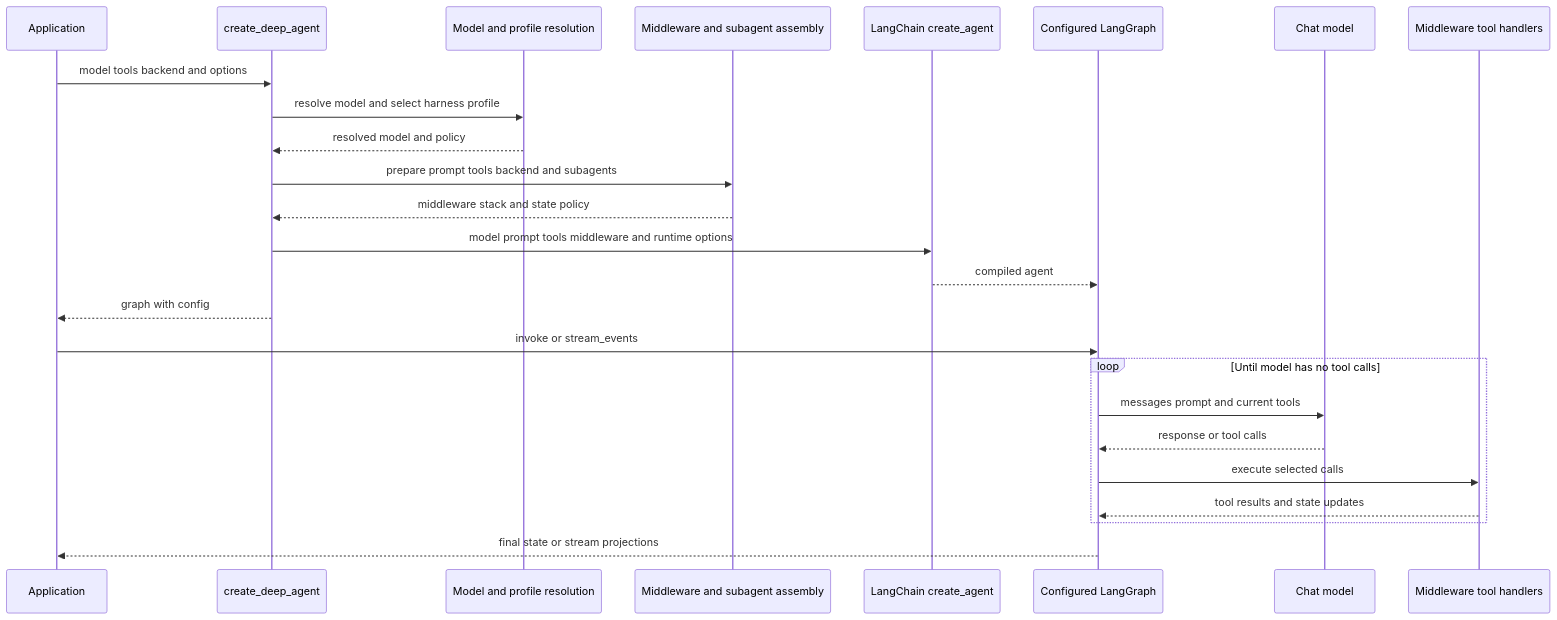
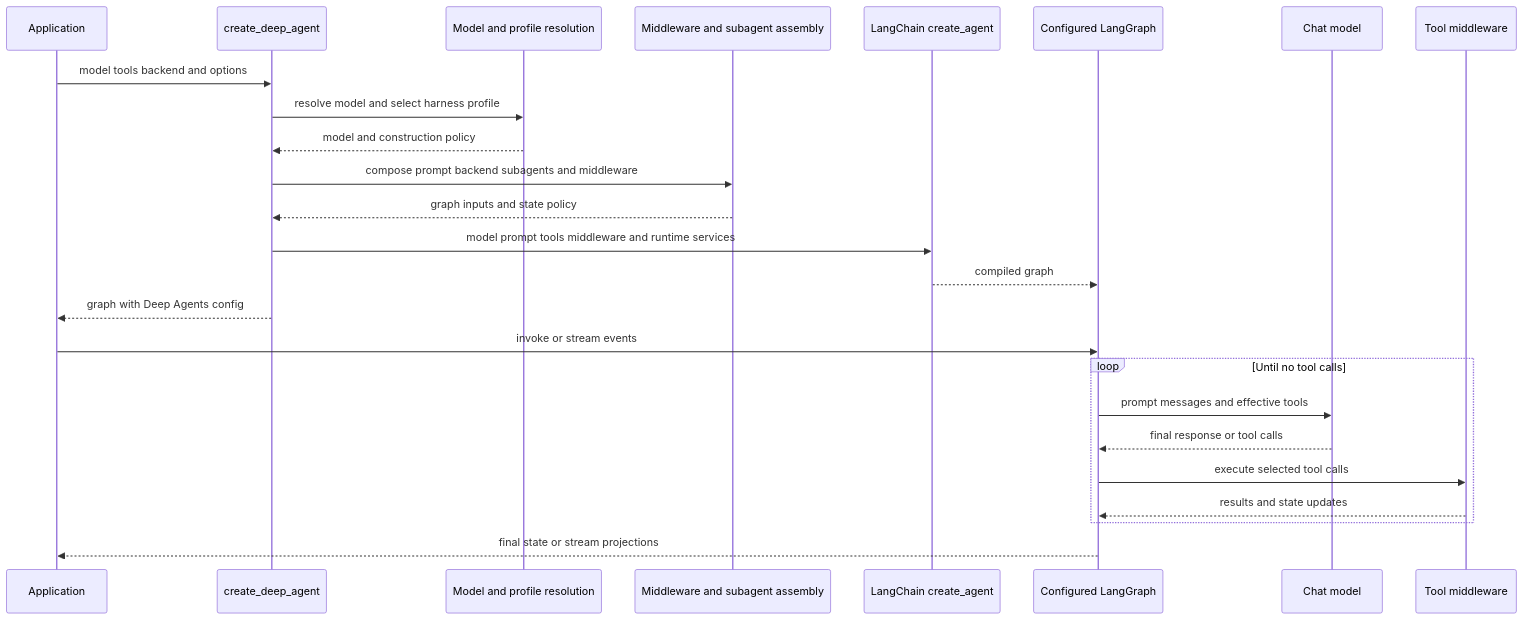
One commit to langchain-ai/deepagents changed the diagram in openwiki/architecture/sdk-construction-execution.md. Above: the diagram before and after it, drawn with Mermaid. The commit also changed other lines of this file and 62 other files, not shown here.

````diff
--- a/openwiki/architecture/sdk-construction-execution.md
+++ b/openwiki/architecture/sdk-construction-execution.md
@@ -43,28 +51,28 @@
 ```mermaid
 sequenceDiagram
     participant App as Application
     participant Builder as create_deep_agent
-    participant Profiles as Model and profile resolution
+    participant Policy as Model and profile resolution
     participant Stack as Middleware and subagent assembly
     participant LC as LangChain create_agent
     participant Graph as Configured LangGraph
-    participant Model as Chat model
-    participant Tools as Middleware tool handlers
+    participant Chat as Chat model
+    participant Surface as Tool middleware
 
     App->>Builder: model tools backend and options
-    Builder->>Profiles: resolve model and select harness profile
-    Profiles-->>Builder: resolved model and policy
-    Builder->>Stack: prepare prompt tools backend and subagents
-    Stack-->>Builder: middleware stack and state policy
-    Builder->>LC: model prompt tools middleware and runtime options
-    LC-->>Graph: compiled agent
-    Builder-->>App: graph with config
-    App->>Graph: invoke or stream_events
-    loop Until model has no tool calls
-        Graph->>Model: messages prompt and current tools
-        Model-->>Graph: response or tool calls
-        Graph->>Tools: execute selected calls
-        Tools-->>Graph: tool results and state updates
+    Builder->>Policy: resolve model and select harness profile
+    Policy-->>Builder: model and construction policy
+    Builder->>Stack: compose prompt backend subagents and middleware
+    Stack-->>Builder: graph inputs and state policy
+    Builder->>LC: model prompt tools middleware and runtime services
+    LC-->>Graph: compiled graph
+    Builder-->>App: graph with Deep Agents config
+    App->>Graph: invoke or stream events
+    loop Until no tool calls
+        Graph->>Chat: prompt messages and effective tools
+        Chat-->>Graph: final response or tool calls
+        Graph->>Surface: execute selected tool calls
+        Surface-->>Graph: results and state updates
     end
     Graph-->>App: final state or stream projections
 ```
````
